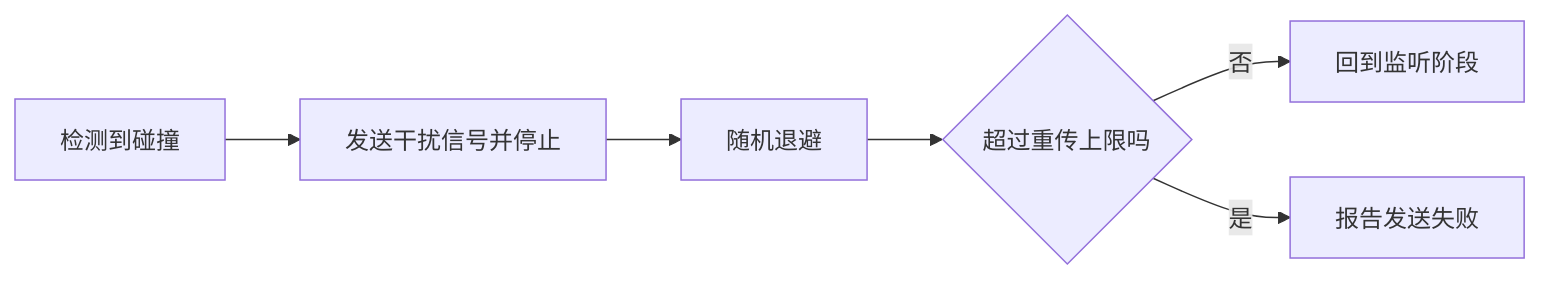
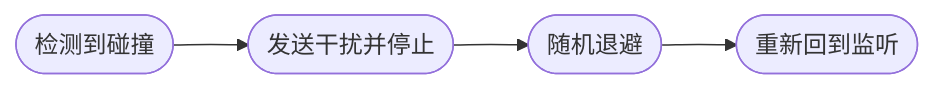
Before and after one commit to 74262195/system-architect-notes: the second of 2 diagrams in 01_综合知识/01_计算机基础知识/03_计算机网络/以太网技术.md, drawn with Mermaid. The commit also changed other lines of this file and 21 other files, not shown here.

````diff
--- a/01_综合知识/01_计算机基础知识/03_计算机网络/以太网技术.md
+++ b/01_综合知识/01_计算机基础知识/03_计算机网络/以太网技术.md
@@ -56,8 +56,6 @@
 ```mermaid
 flowchart LR
-  A[检测到碰撞] --> B[发送干扰信号并停止]
-  B --> C[随机退避]
-  C --> D{超过重传上限吗}
-  D -- 否 --> E[回到监听阶段]
-  D -- 是 --> F[报告发送失败]
+  A([检测到碰撞]) --> B([发送干扰并停止])
+  B --> C([随机退避])
+  C --> D([重新回到监听])
 ```
````
